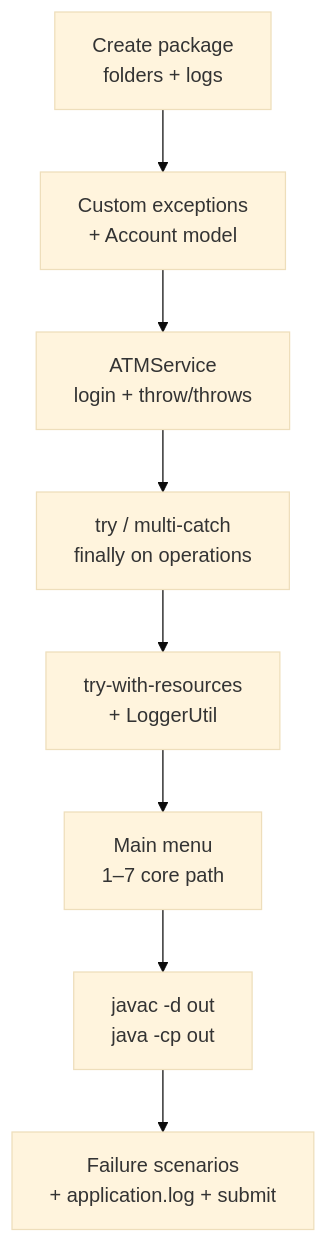
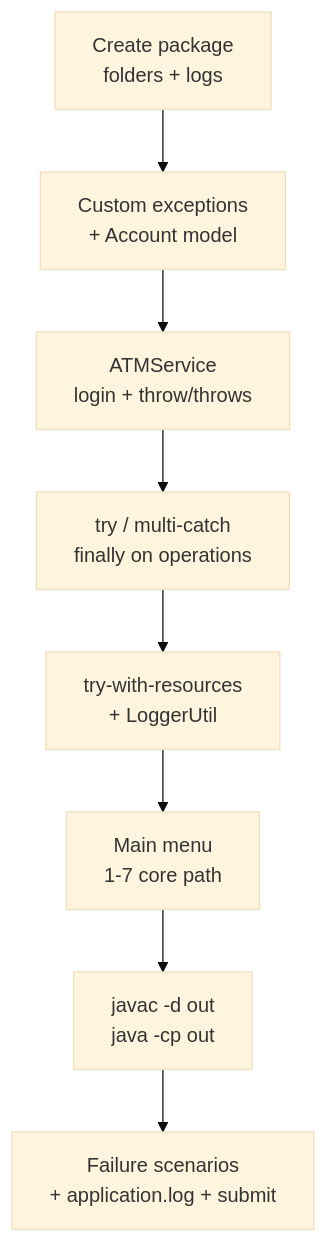
The third of 3 diagrams in labs/Week 1 - Java and JVM Foundations/module-07/lab7/LAB-7-GUIDE.md (pupilliluke/bc-sw-engineer-java-participant), drawn with Mermaid (base theme) before and after one commit. The commit also changed other lines of this file and 55 other files, not shown here.

Commit message:
Stop publishing local screenshots; harden Mermaid for GitHub; sync only tracked lab files.

````diff
--- a/labs/Week 1 - Java and JVM Foundations/module-07/lab7/LAB-7-GUIDE.md
+++ b/labs/Week 1 - Java and JVM Foundations/module-07/lab7/LAB-7-GUIDE.md
@@ -118,10 +118,10 @@
 ```mermaid
 flowchart TD
     A["Create package<br/>folders + logs"] --> B["Custom exceptions<br/>+ Account model"]
     B --> C["ATMService<br/>login + throw/throws"]
     C --> D["try / multi-catch<br/>finally on operations"]
     D --> E["try-with-resources<br/>+ LoggerUtil"]
-    E --> F["Main menu<br/>1–7 core path"]
+    E --> F["Main menu<br/>1-7 core path"]
     F --> G["javac -d out<br/>java -cp out"]
     G --> H["Failure scenarios<br/>+ application.log + submit"]
 ```
````
